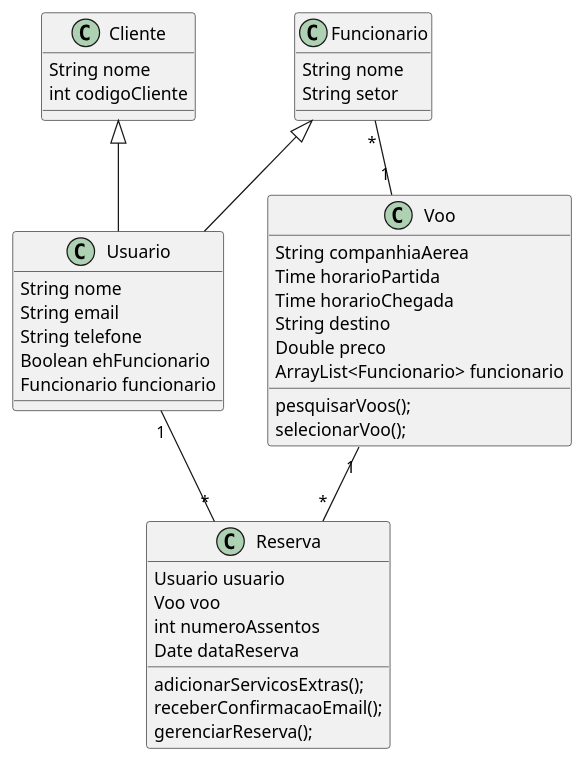
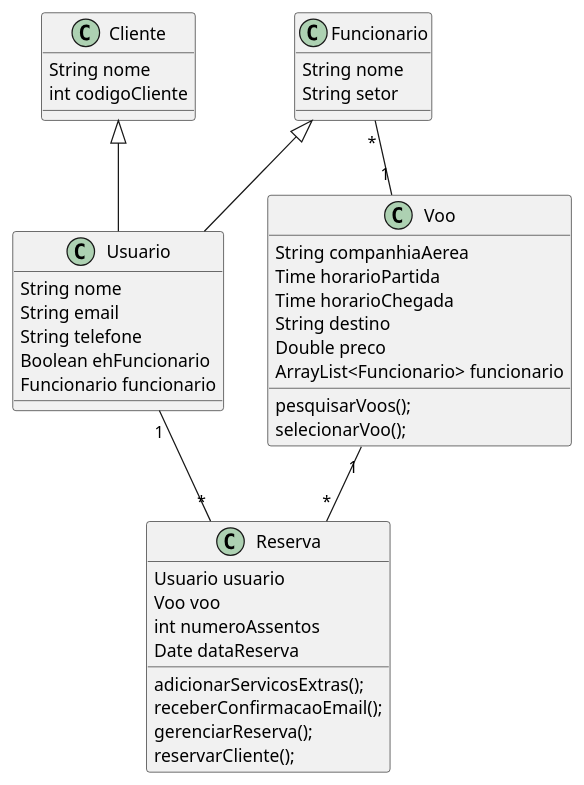
The diagram in src/main/java/org/example/ReservasVoo.puml (Rakoski/ifpr_poo_uml), drawn with PlantUML before and after one commit.

Commit message:
Reservas de voo uml

```diff
--- a/src/main/java/org/example/ReservasVoo.puml
+++ b/src/main/java/org/example/ReservasVoo.puml
@@ -1,38 +1,39 @@
 @startuml
 
 Usuario "1" -- "*" Reserva
 Voo "1" -- "*" Reserva
 Funcionario "*" -- "1" Voo
 Funcionario <|-- Usuario
 Cliente <|-- Usuario
 
 Voo : String companhiaAerea
 Voo : Time horarioPartida
 Voo : Time horarioChegada
 Voo : String destino
 Voo : Double preco
 Voo : ArrayList<Funcionario> funcionario
 Voo : pesquisarVoos();
 Voo : selecionarVoo();
 
 Usuario : String nome
 Usuario : String email
 Usuario : String telefone
 Usuario : Boolean ehFuncionario
 Usuario : Funcionario funcionario
 
 Reserva : Usuario usuario
 Reserva : Voo voo
 Reserva : int numeroAssentos
 Reserva : Date dataReserva
 Reserva : adicionarServicosExtras();
 Reserva : receberConfirmacaoEmail();
 Reserva : gerenciarReserva();
+Reserva : reservarCliente();
 
 Funcionario : String nome
 Funcionario : String setor
 
 Cliente : String nome
 Cliente : int codigoCliente
 
 @enduml
```
